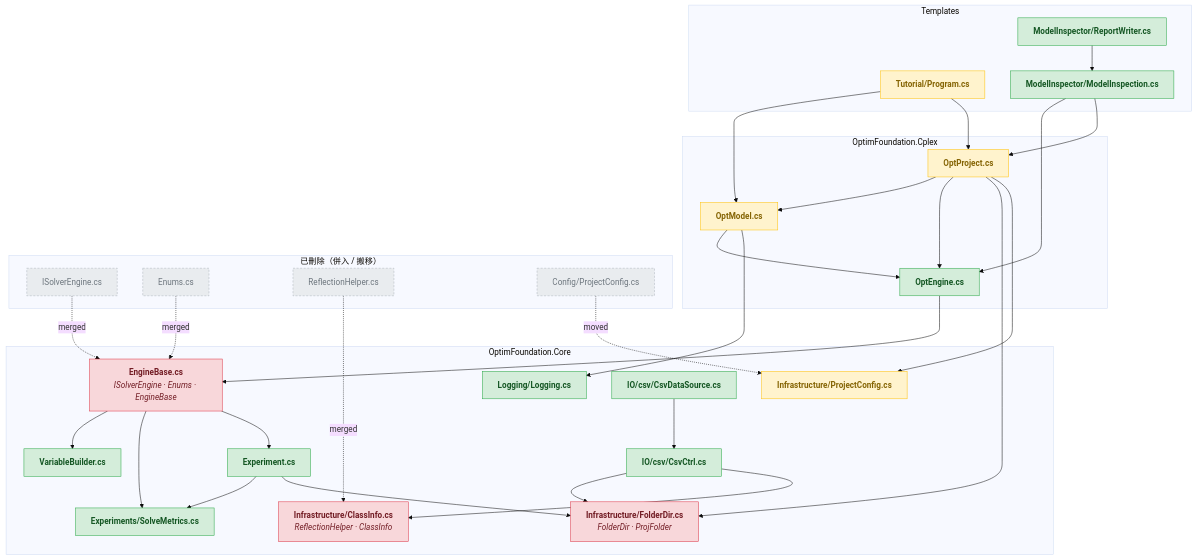
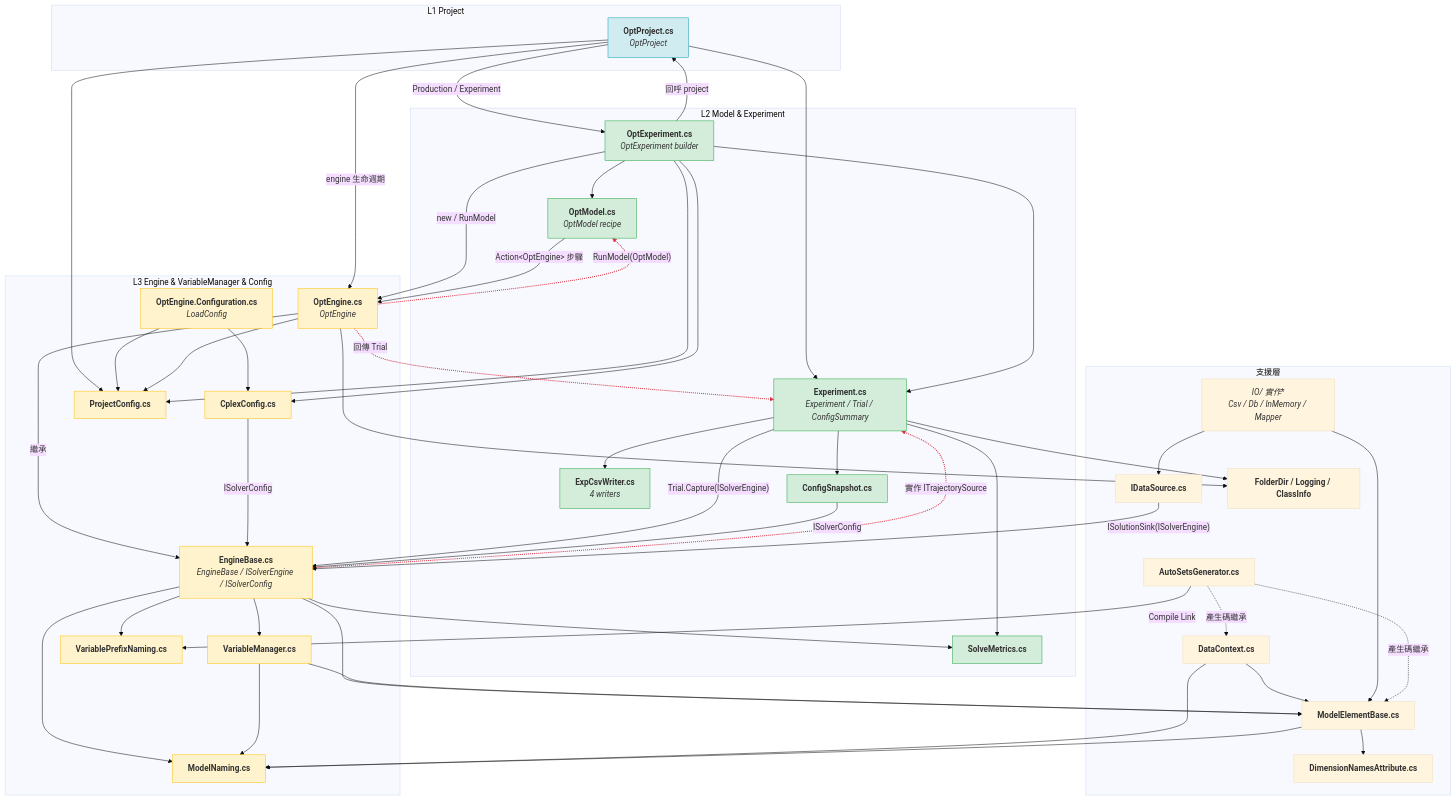
The diagram in CodeMap.review.md (zxcbig7/OptimFoundation), drawn with Mermaid (base theme) before and after one commit. The commit also changed other lines of this file and 6 other files, not shown here.

````diff
--- a/CodeMap.review.md
+++ b/CodeMap.review.md
@@ -76,73 +73,104 @@
 ```mermaid
 flowchart TB
-    subgraph Core["OptimFoundation.Core"]
-        EB["`**EngineBase.cs**
-        _ISolverEngine · Enums · EngineBase_`"]
-        VB["`**VariableBuilder.cs**`"]
-        SM["`**Experiments/SolveMetrics.cs**`"]
-        EXP["`**Experiment.cs**`"]
-        CI["`**Infrastructure/ClassInfo.cs**
-        _ReflectionHelper · ClassInfo_`"]
-        FD["`**Infrastructure/FolderDir.cs**
-        _FolderDir · ProjFolder_`"]
-        PC["`**Infrastructure/ProjectConfig.cs**`"]
-        LOG["`**Logging/Logging.cs**`"]
-        CSV["`**IO/csv/CsvCtrl.cs**`"]
-        CDS["`**IO/csv/CsvDataSource.cs**`"]
+    subgraph L1["L1 Project"]
+        PRJ["`**OptProject.cs**
+        _OptProject_`"]
+    end
+    subgraph L2["L2 Model & Experiment"]
+        EXPB["`**OptExperiment.cs**
+        _OptExperiment builder_`"]
+        MDL["`**OptModel.cs**
+        _OptModel recipe_`"]
+        EXP["`**Experiment.cs**
+        _Experiment / Trial / ConfigSummary_`"]
+        CSVW["`**ExpCsvWriter.cs**
+        _4 writers_`"]
+        MET["`**SolveMetrics.cs**`"]
+        SNAP["`**ConfigSnapshot.cs**`"]
+    end
+    subgraph L3["L3 Engine & VariableManager & Config"]
+        ENG["`**OptEngine.cs**
+        _OptEngine_`"]
+        ENGC["`**OptEngine.Configuration.cs**
+        _LoadConfig_`"]
+        BASE["`**EngineBase.cs**
+        _EngineBase / ISolverEngine / ISolverConfig_`"]
+        CCFG["`**CplexConfig.cs**`"]
+        PCFG["`**ProjectConfig.cs**`"]
+        VM["`**VariableManager.cs**`"]
+        VPN["`**VariablePrefixNaming.cs**`"]
+        NAM["`**ModelNaming.cs**`"]
+    end
+    subgraph SUP["支援層"]
+        DC["`**DataContext.cs**`"]
+        MEB["`**ModelElementBase.cs**`"]
+        DNA["`**DimensionNamesAttribute.cs**`"]
+        IDS["`**IDataSource.cs**`"]
+        IOX["`**IO/* 實作**
+        _Csv / Db / InMemory / Mapper_`"]
+        INF["`**FolderDir / Logging / ClassInfo**`"]
+        GEN["`**AutoSetsGenerator.cs**`"]
     end
 
-    subgraph Cplex["OptimFoundation.Cplex"]
-        OE["`**OptEngine.cs**`"]
-        OM["`**OptModel.cs**`"]
-        OP["`**OptProject.cs**`"]
-    end
+    PRJ -->|"Production / Experiment"| EXPB
+    PRJ -->|"engine 生命週期"| ENG
+    PRJ --> EXP
+    PRJ --> PCFG
+    EXPB -->|"回呼 project"| PRJ
+    EXPB --> MDL
+    EXPB -->|"new / RunModel"| ENG
+    EXPB --> CCFG
+    EXPB --> PCFG
+    EXPB --> EXP
+    MDL -->|"Action&lt;OptEngine&gt; 步驟"| ENG
+    EXP --> CSVW
+    EXP --> SNAP
+    EXP --> MET
+    EXP -->|"Trial.Capture(ISolverEngine)"| BASE
+    SNAP -->|"ISolverConfig"| BASE
+    ENG -.->|"RunModel(OptModel)"| MDL
+    ENG -.->|"回傳 Trial"| EXP
+    BASE -.->|"實作 ITrajectorySource"| EXP
+    BASE --> MET
+    ENG -->|"繼承"| BASE
+    ENGC --> CCFG
+    ENGC --> PCFG
+    ENG --> PCFG
+    CCFG -->|"ISolverConfig"| BASE
+    BASE --> VM
+    BASE --> VPN
+    BASE --> NAM
+    BASE --> MEB
+    VM --> NAM
+    VM --> MEB
+    DC --> MEB
+    DC --> NAM
+    MEB --> NAM
+    MEB --> DNA
+    IDS -->|"ISolutionSink(ISolverEngine)"| BASE
+    IOX --> IDS
+    IOX --> MEB
+    GEN -->|"Compile Link"| VPN
+    GEN -.->|"產生碼繼承"| DC
+    GEN -.->|"產生碼繼承"| MEB
+    ENG --> INF
+    EXP --> INF
 
-    subgraph Del["已刪除（併入 / 搬移）"]
-        ISE["ISolverEngine.cs"]
-        ENU["Enums.cs"]
-        RH["ReflectionHelper.cs"]
-        OPC["Config/ProjectConfig.cs"]
-    end
+    linkStyle 16,17,18 stroke:#dc3545,stroke-width:2px
 
-    subgraph Tpl["Templates"]
-        TUT["`**Tutorial/Program.cs**`"]
-        MI["`**ModelInspector/ModelInspection.cs**`"]
-        RW["`**ModelInspector/ReportWriter.cs**`"]
-    end
-
-    ISE -.->|merged| EB
-    ENU -.->|merged| EB
-    RH -.->|merged| CI
-    OPC -.->|moved| PC
-
-    EB --> VB
-    EB --> SM
-    EB --> EXP
-    EXP --> SM
-    EXP --> FD
-    CDS --> CSV
-    CSV --> FD
-    CSV --> CI
-    OE --> EB
-    OM --> OE
-    OM --> LOG
-    OP --> OM
-    OP --> OE
-    OP --> FD
-    OP --> PC
-    TUT --> OM
-    TUT --> OP
-    MI --> OE
-    MI --> OP
-    RW --> MI
-
-    classDef hot fill:#f8d7da,stroke:#dc3545,color:#721c24
-    classDef warm fill:#fff3cd,stroke:#ffc107,color:#856404
-    classDef calm fill:#d4edda,stroke:#28a745,color:#155724
-    classDef gone fill:#e9ecef,stroke:#adb5bd,color:#6c757d,stroke-dasharray:4 3
-
-    class EB,CI,FD hot
-    class OM,OP,TUT,PC warm
-    class VB,SM,EXP,LOG,CSV,CDS,OE,MI,RW calm
-    class ISE,ENU,RH,OPC gone
+    style PRJ fill:#d1ecf1,stroke:#17a2b8
+    style EXPB fill:#d4edda,stroke:#28a745
+    style MDL fill:#d4edda,stroke:#28a745
+    style EXP fill:#d4edda,stroke:#28a745
+    style CSVW fill:#d4edda,stroke:#28a745
+    style MET fill:#d4edda,stroke:#28a745
+    style SNAP fill:#d4edda,stroke:#28a745
+    style ENG fill:#fff3cd,stroke:#ffc107
+    style ENGC fill:#fff3cd,stroke:#ffc107
+    style BASE fill:#fff3cd,stroke:#ffc107
+    style CCFG fill:#fff3cd,stroke:#ffc107
+    style PCFG fill:#fff3cd,stroke:#ffc107
+    style VM fill:#fff3cd,stroke:#ffc107
+    style VPN fill:#fff3cd,stroke:#ffc107
+    style NAM fill:#fff3cd,stroke:#ffc107
 ```
````
